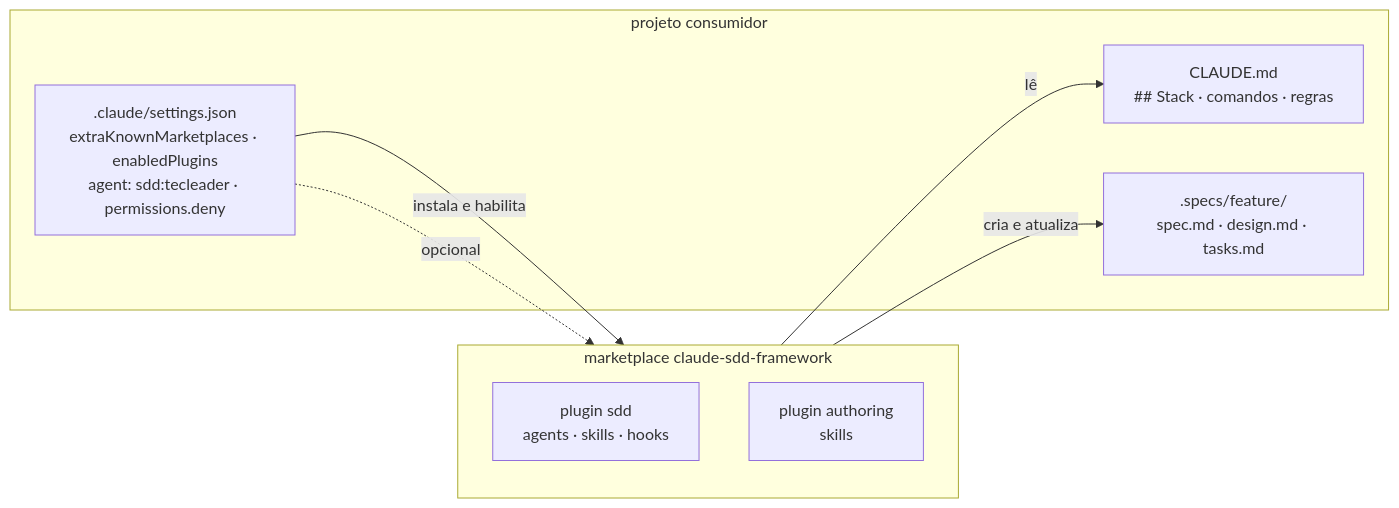
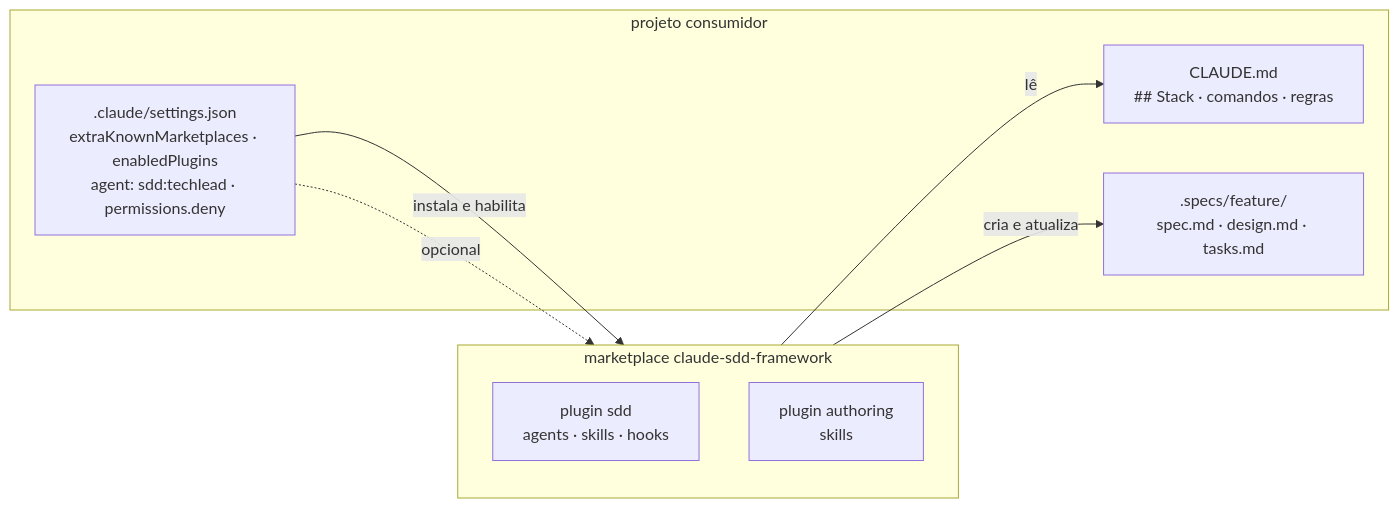
Before and after one commit to powerlok/claude-sdd-framework: the second of 9 diagrams in docs/arquitetura.md, drawn with Mermaid. The commit also changed other lines of this file and 37 other files, not shown here.

First line of the commit message:
sdd 0.8.0: renomear o agente sdd:tecleader para sdd:techlead (mudança incompatível)

````diff
--- a/docs/arquitetura.md
+++ b/docs/arquitetura.md
@@ -74,17 +74,17 @@
 ```mermaid
 flowchart LR
     subgraph MK[marketplace claude-sdd-framework]
         direction TB
         SDD[plugin sdd<br/>agents · skills · hooks]
         AUT[plugin authoring<br/>skills]
     end
     subgraph PRJ[projeto consumidor]
-        ST[.claude/settings.json<br/>extraKnownMarketplaces · enabledPlugins<br/>agent: sdd:tecleader · permissions.deny]
+        ST[.claude/settings.json<br/>extraKnownMarketplaces · enabledPlugins<br/>agent: sdd:techlead · permissions.deny]
         CM[CLAUDE.md<br/>## Stack · comandos · regras]
         SP[.specs/feature/<br/>spec.md · design.md · tasks.md]
     end
     ST -->|instala e habilita| SDD
     ST -.->|opcional| AUT
     SDD -->|lê| CM
     SDD -->|cria e atualiza| SP
 ```
````
